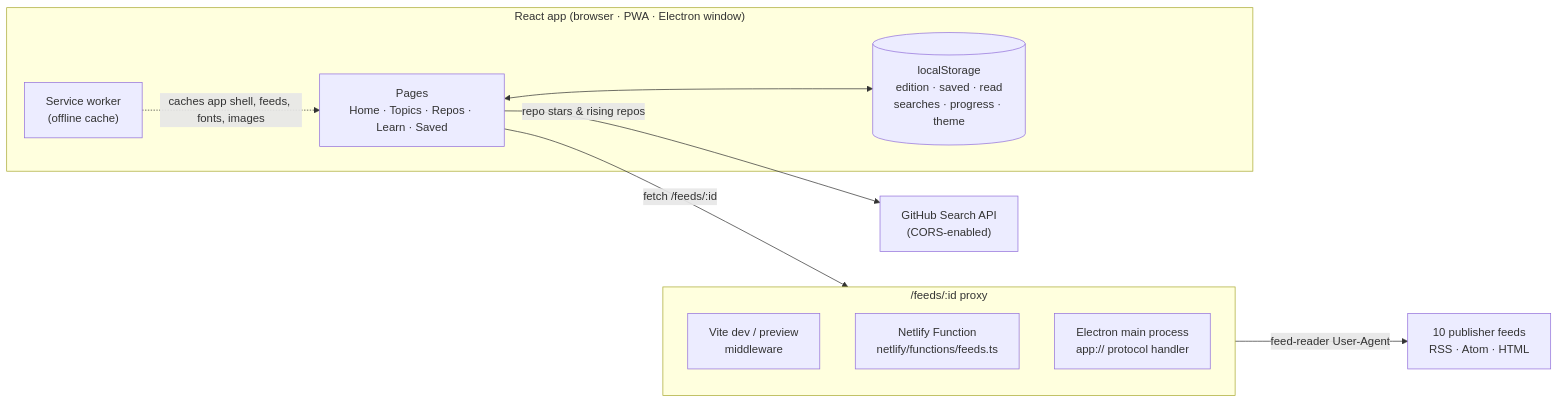
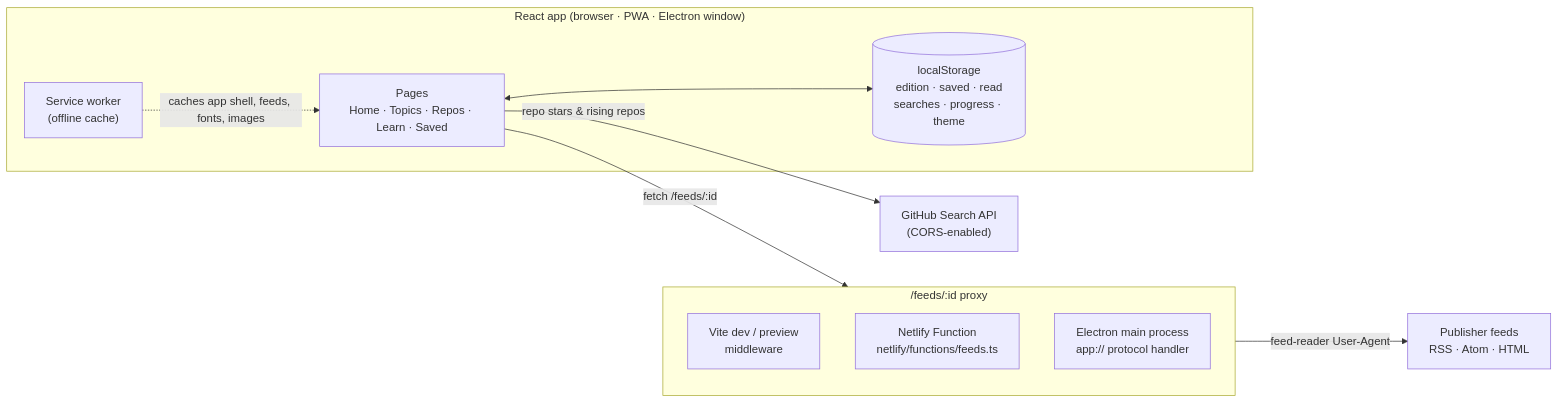
The first of 6 diagrams in README.md (RoshanMali1205/ai-hunter-news), drawn with Mermaid before and after one commit. The commit also changed other lines of this file and 10 other files, not shown here.

````diff
--- a/README.md
+++ b/README.md
@@ -98,23 +98,23 @@
 ```mermaid
 flowchart LR
     subgraph Client["React app (browser · PWA · Electron window)"]
         UI["Pages<br/>Home · Topics · Repos · Learn · Saved"]
         LS[("localStorage<br/>edition · saved · read<br/>searches · progress · theme")]
         SW["Service worker<br/>(offline cache)"]
     end
 
     subgraph Proxy["/feeds/:id proxy"]
         P1["Vite dev / preview<br/>middleware"]
         P2["Netlify Function<br/>netlify/functions/feeds.ts"]
         P3["Electron main process<br/>app:// protocol handler"]
     end
 
-    Pubs["10 publisher feeds<br/>RSS · Atom · HTML"]
+    Pubs["Publisher feeds<br/>RSS · Atom · HTML"]
     GH["GitHub Search API<br/>(CORS-enabled)"]
 
     UI -- "fetch /feeds/:id" --> Proxy
     Proxy -- "feed-reader User-Agent" --> Pubs
     UI -- "repo stars & rising repos" --> GH
     UI <--> LS
     SW -.->|"caches app shell, feeds, fonts, images"| UI
 ```
````
